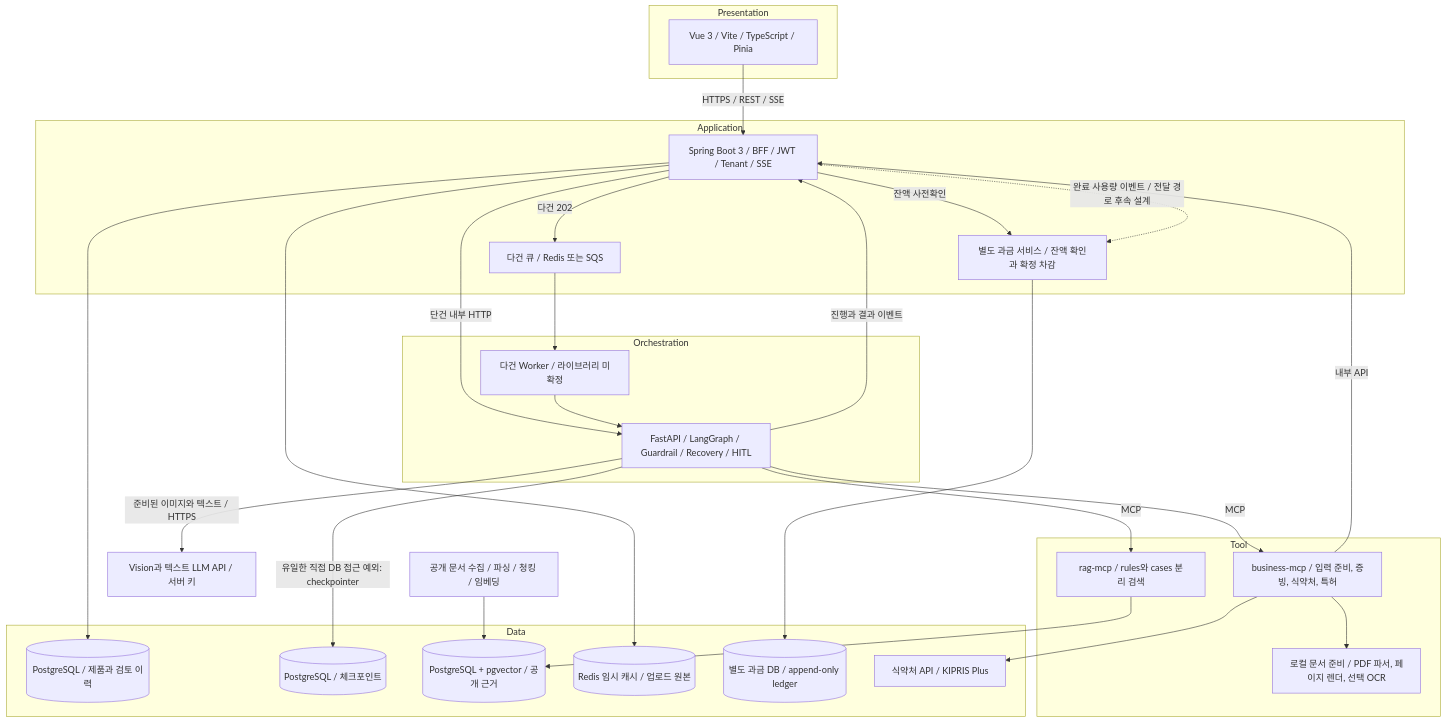
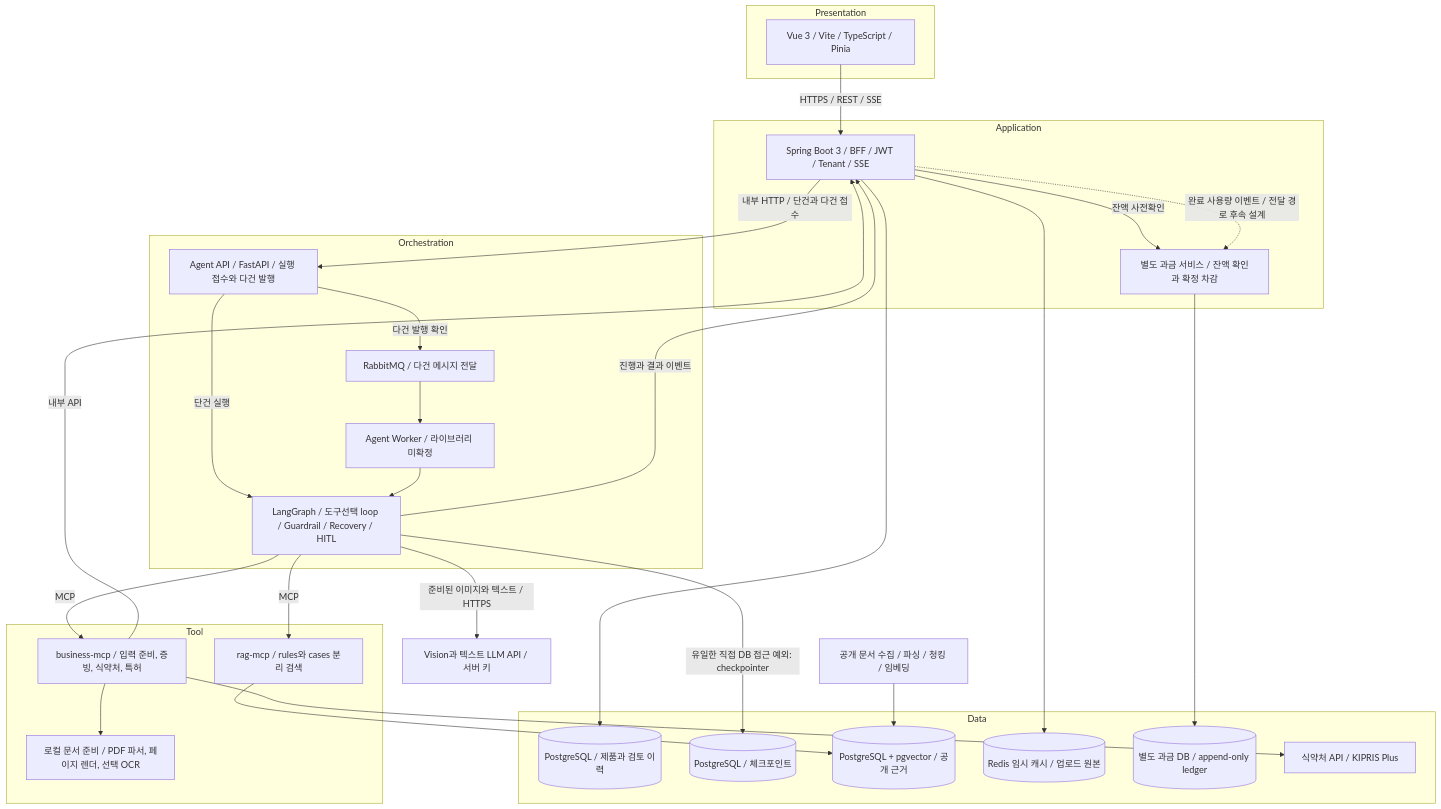
Before and after one commit to SKALA-AI-Agent-Capstone/backend: the first of 2 diagrams in docs/01-architecture.md, drawn with Mermaid. The commit also changed other lines of this file and 20 other files, not shown here.

Commit message:
chore(infra): align service foundation with current Notion architecture

```diff
--- a/docs/01-architecture.md
+++ b/docs/01-architecture.md
@@ -8,45 +9,47 @@
 ~~~mermaid
 flowchart TB
   subgraph Presentation
     UI["Vue 3 / Vite / TypeScript / Pinia"]
   end
   subgraph Application
     API["Spring Boot 3 / BFF / JWT / Tenant / SSE"]
-    QUEUE["다건 큐 / Redis 또는 SQS"]
     BILL["별도 과금 서비스 / 잔액 확인과 확정 차감"]
   end
   subgraph Orchestration
-    WORKER["다건 Worker / 라이브러리 미확정"]
-    AGENT["FastAPI / LangGraph / Guardrail / Recovery / HITL"]
+    AAPI["Agent API / FastAPI / 실행 접수와 다건 발행"]
+    QUEUE["RabbitMQ / 다건 메시지 전달"]
+    WORKER["Agent Worker / 라이브러리 미확정"]
+    AGENT["LangGraph / 도구선택 loop / Guardrail / Recovery / HITL"]
   end
   subgraph Tool
     BUSINESS["business-mcp / 입력 준비, 증빙, 식약처, 특허"]
     RAG["rag-mcp / rules와 cases 분리 검색"]
     PARSER["로컬 문서 준비 / PDF 파서, 페이지 렌더, 선택 OCR"]
   end
   subgraph Data
     APP[("PostgreSQL / 제품과 검토 이력")]
     STATE[("PostgreSQL / 체크포인트")]
     VECTOR[("PostgreSQL + pgvector / 공개 근거")]
     RAW[("Redis 임시 캐시 / 업로드 원본")]
     LEDGER[("별도 과금 DB / append-only ledger")]
     EXT["식약처 API / KIPRIS Plus"]
   end
   UI -->|"HTTPS / REST / SSE"| API
-  API -->|"단건 내부 HTTP"| AGENT
-  API -->|"다건 202"| QUEUE
+  API -->|"내부 HTTP / 단건과 다건 접수"| AAPI
+  AAPI -->|"단건 실행"| AGENT
+  AAPI -->|"다건 발행 확인"| QUEUE
   QUEUE --> WORKER --> AGENT
   API --> APP
   API --> RAW
   API -->|"잔액 사전확인"| BILL --> LEDGER
   API -.->|"완료 사용량 이벤트 / 전달 경로 후속 설계"| BILL
   AGENT -->|"MCP"| BUSINESS
   AGENT -->|"MCP"| RAG --> VECTOR
   BUSINESS -->|"내부 API"| API
   BUSINESS --> PARSER
   BUSINESS --> EXT
   AGENT -->|"유일한 직접 DB 접근 예외: checkpointer"| STATE
   AGENT -->|"진행과 결과 이벤트"| API
   AGENT -->|"준비된 이미지와 텍스트 / HTTPS"| LLM["Vision과 텍스트 LLM API / 서버 키"]
   INDEX["공개 문서 수집 / 파싱 / 청킹 / 임베딩"] --> VECTOR
 ~~~
```
